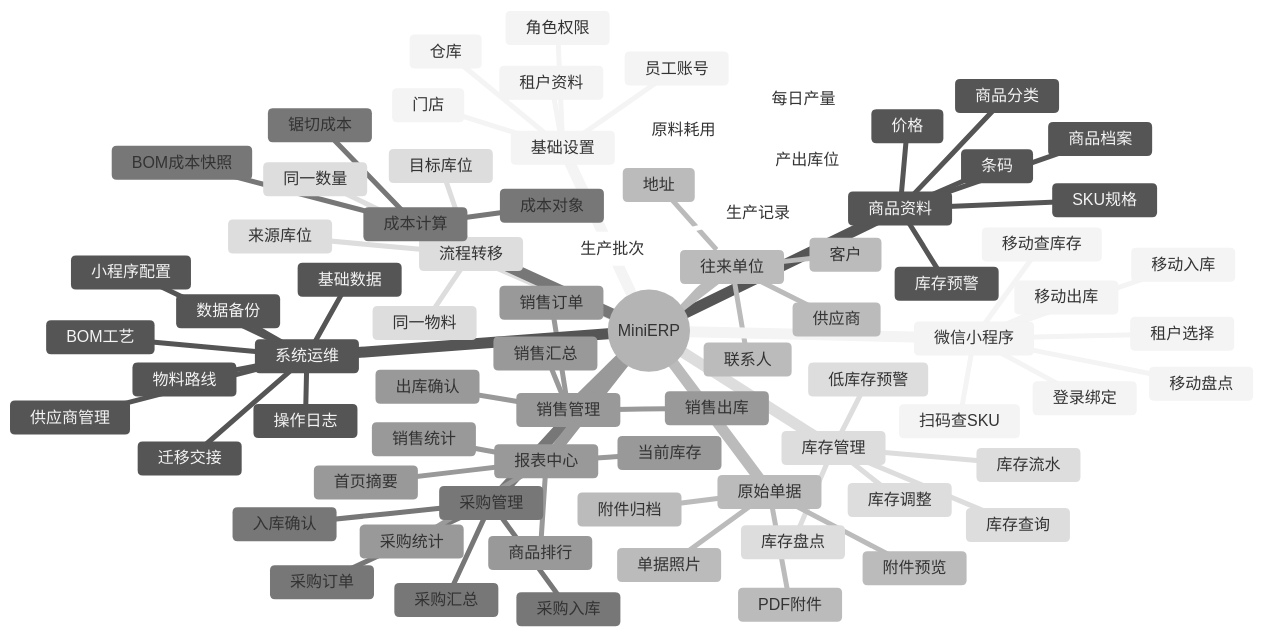
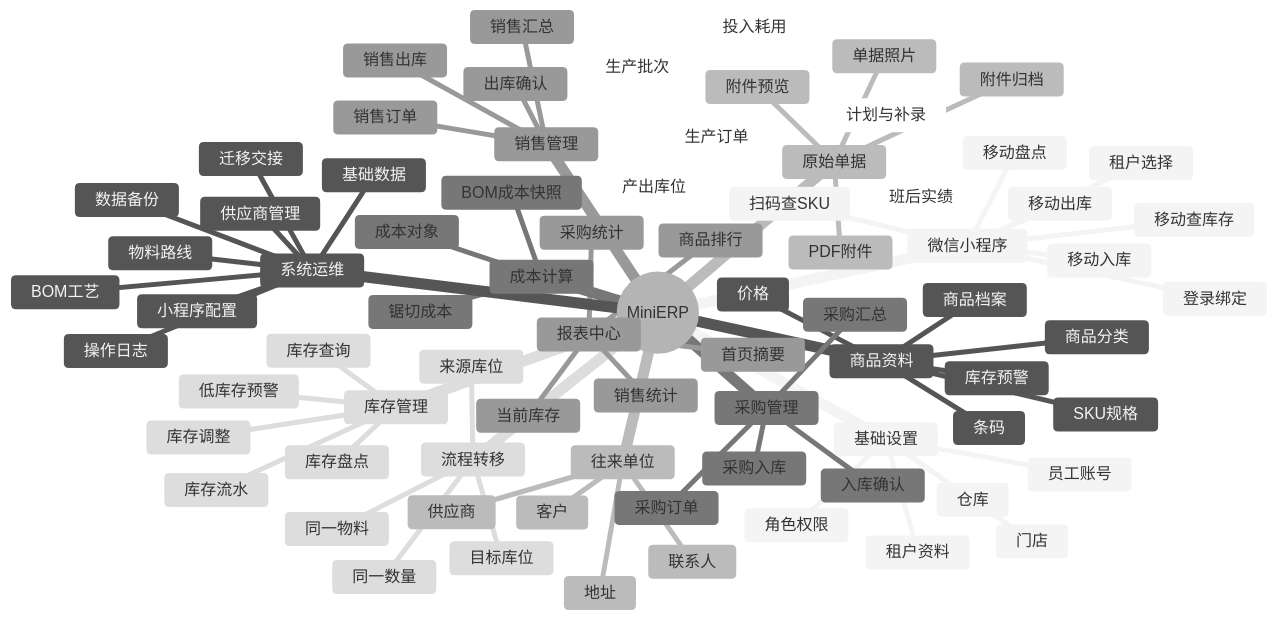
One commit to goldf2/mes-lite changed the first of 4 diagrams in docs/minierp/feature-model.md. Above: the diagram before and after it, drawn with Mermaid (neutral theme). The commit also changed other lines of this file and 38 other files, not shown here.

````diff
--- a/docs/minierp/feature-model.md
+++ b/docs/minierp/feature-model.md
@@ -41,80 +41,81 @@
 ```mermaid
 mindmap
   root((MiniERP))
     基础设置
       租户资料
       员工账号
       角色权限
       门店
       仓库
     商品资料
       商品分类
       商品档案
       SKU规格
       条码
       价格
       库存预警
     往来单位
       客户
       供应商
       联系人
       地址
     采购管理
       采购订单
       采购入库
       入库确认
       采购汇总
     销售管理
       销售订单
       销售出库
       出库确认
       销售汇总
     库存管理
       库存查询
       库存流水
       库存盘点
       库存调整
       低库存预警
-    生产记录
-      每日产量
+    生产订单
+      计划与补录
+      班后实绩
       产出库位
-      原料耗用
+      投入耗用
       生产批次
     流程转移
       同一物料
       同一数量
       来源库位
       目标库位
     原始单据
       单据照片
       PDF附件
       附件预览
       附件归档
     报表中心
       首页摘要
       当前库存
       采购统计
       销售统计
       商品排行
     成本计算
       锯切成本
       成本对象
       BOM成本快照
     微信小程序
       登录绑定
       租户选择
       移动查库存
       扫码查SKU
       移动入库
       移动出库
       移动盘点
     系统运维
       基础数据
       供应商管理
       物料路线
       BOM工艺
       小程序配置
       数据备份
       操作日志
       迁移交接
 ```
````
